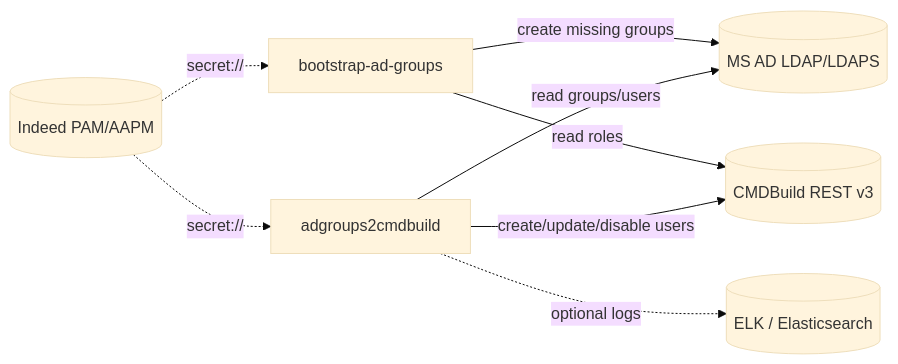
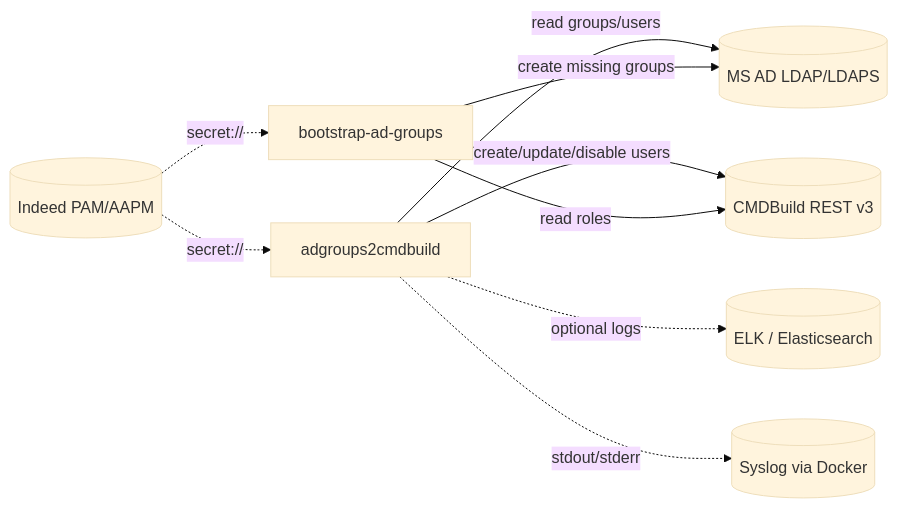
One commit to igorlyapin-max/ad2cmdb changed the diagram in aa/README.md. Above: the diagram before and after it, drawn with Mermaid (base theme). The commit also changed other lines of this file and 6 other files, not shown here.

Commit message:
Update observability architecture docs

````diff
--- a/aa/README.md
+++ b/aa/README.md
@@ -21,17 +22,19 @@
 ```mermaid
 flowchart LR
     AD[(MS AD LDAP/LDAPS)]
     CMDB[(CMDBuild REST v3)]
     PAM[(Indeed PAM/AAPM)]
     ELK[(ELK / Elasticsearch)]
+    SYSLOG[(Syslog via Docker)]
     SVC[adgroups2cmdbuild]
     BOOT[bootstrap-ad-groups]
 
     PAM -. secret:// .-> SVC
     PAM -. secret:// .-> BOOT
     SVC -- read groups/users --> AD
     SVC -- create/update/disable users --> CMDB
     SVC -. optional logs .-> ELK
+    SVC -. stdout/stderr .-> SYSLOG
     BOOT -- read roles --> CMDB
     BOOT -- create missing groups --> AD
 ```
````
